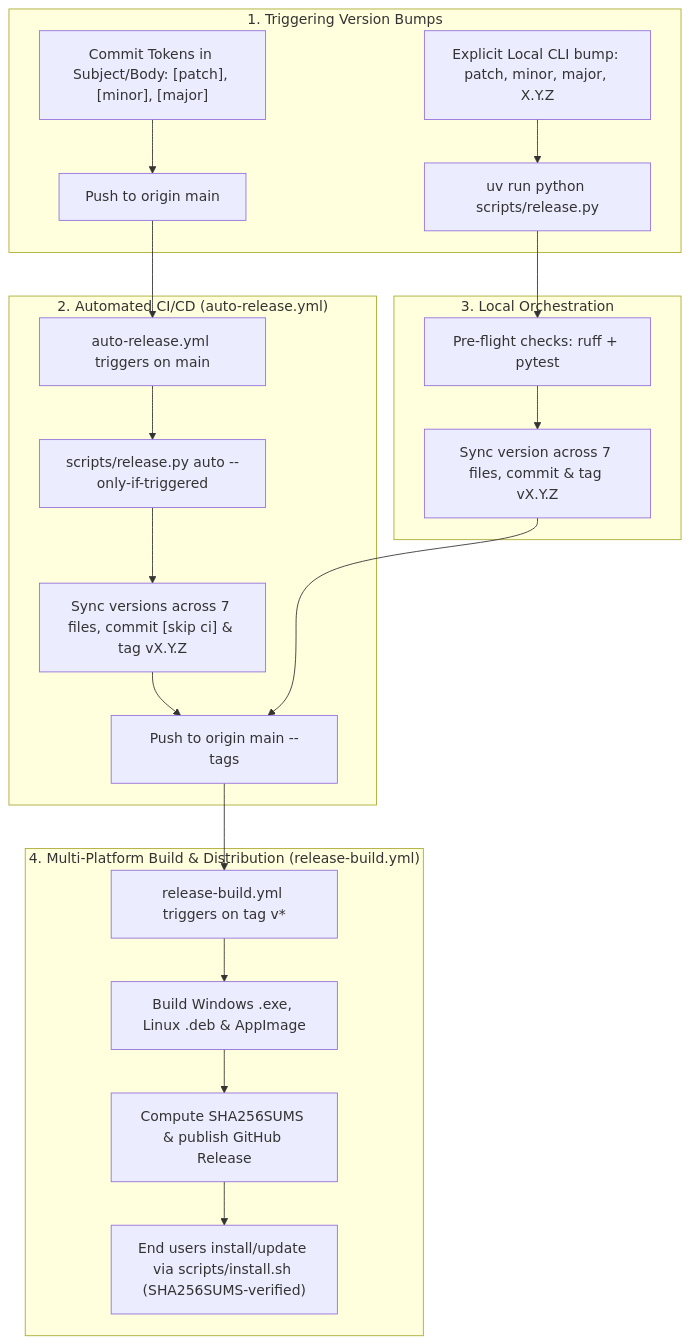
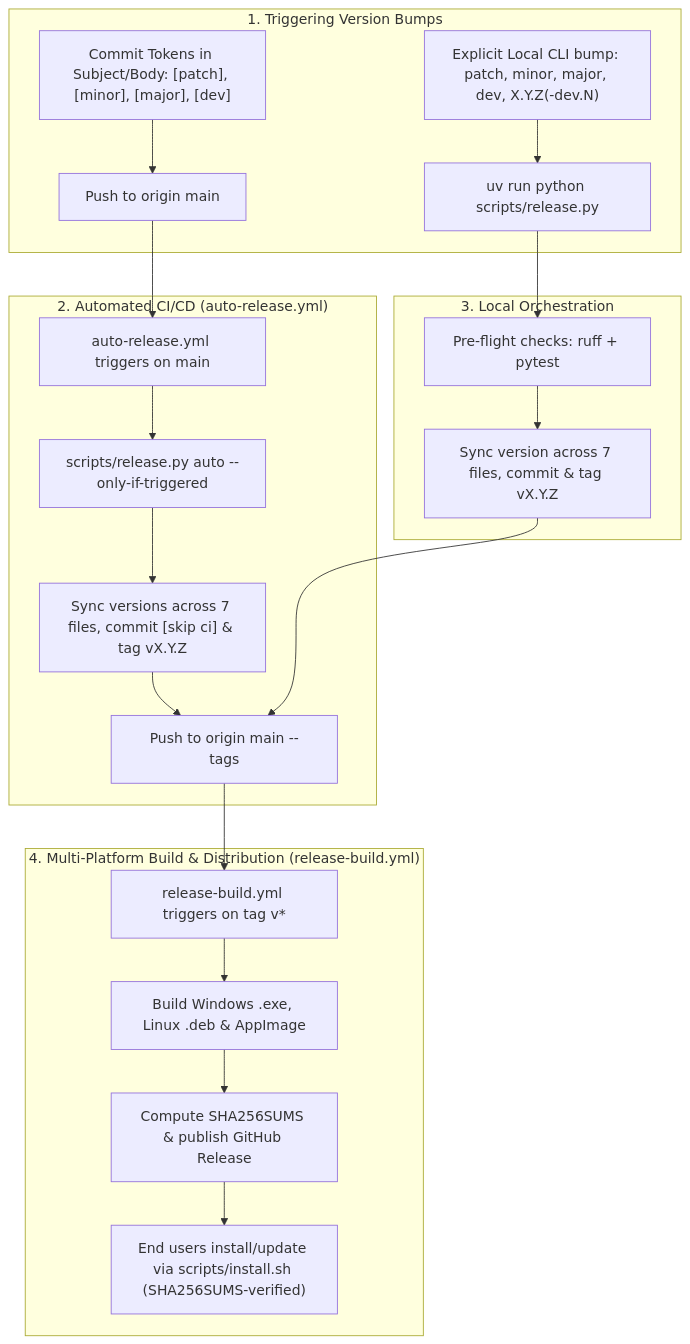
Before and after one commit to dishanagalawatta/SkillManager: the diagram in docs/RELEASING.md, drawn with Mermaid. The commit also changed 5 other files, not shown here.

First line of the commit message:
docs: document dev pre-release pipeline

````diff
--- a/docs/RELEASING.md
+++ b/docs/RELEASING.md
@@ -11,27 +11,27 @@
 ```mermaid
 flowchart TD
     subgraph "1. Triggering Version Bumps"
-        A1["Commit Tokens in Subject/Body: [patch], [minor], [major]"] --> B["Push to origin main"]
-        A2["Explicit Local CLI bump: patch, minor, major, X.Y.Z"] --> C["uv run python scripts/release.py"]
+        A1["Commit Tokens in Subject/Body: [patch], [minor], [major], [dev]"] --> B["Push to origin main"]
+        A2["Explicit Local CLI bump: patch, minor, major, dev, X.Y.Z(-dev.N)"] --> C["uv run python scripts/release.py"]
     end
 
     subgraph "2. Automated CI/CD (auto-release.yml)"
         B --> D["auto-release.yml triggers on main"]
         D --> E["scripts/release.py auto --only-if-triggered"]
         E --> F["Sync versions across 7 files, commit [skip ci] & tag vX.Y.Z"]
         F --> G["Push to origin main --tags"]
     end
 
     subgraph "3. Local Orchestration"
         C --> H["Pre-flight checks: ruff + pytest"]
         H --> I["Sync version across 7 files, commit & tag vX.Y.Z"]
         I --> G
     end
 
     subgraph "4. Multi-Platform Build & Distribution (release-build.yml)"
         G --> J["release-build.yml triggers on tag v*"]
         J --> K["Build Windows .exe, Linux .deb & AppImage"]
         K --> L["Compute SHA256SUMS & publish GitHub Release"]
         L --> M["End users install/update via scripts/install.sh (SHA256SUMS-verified)"]
     end
 ```
````
